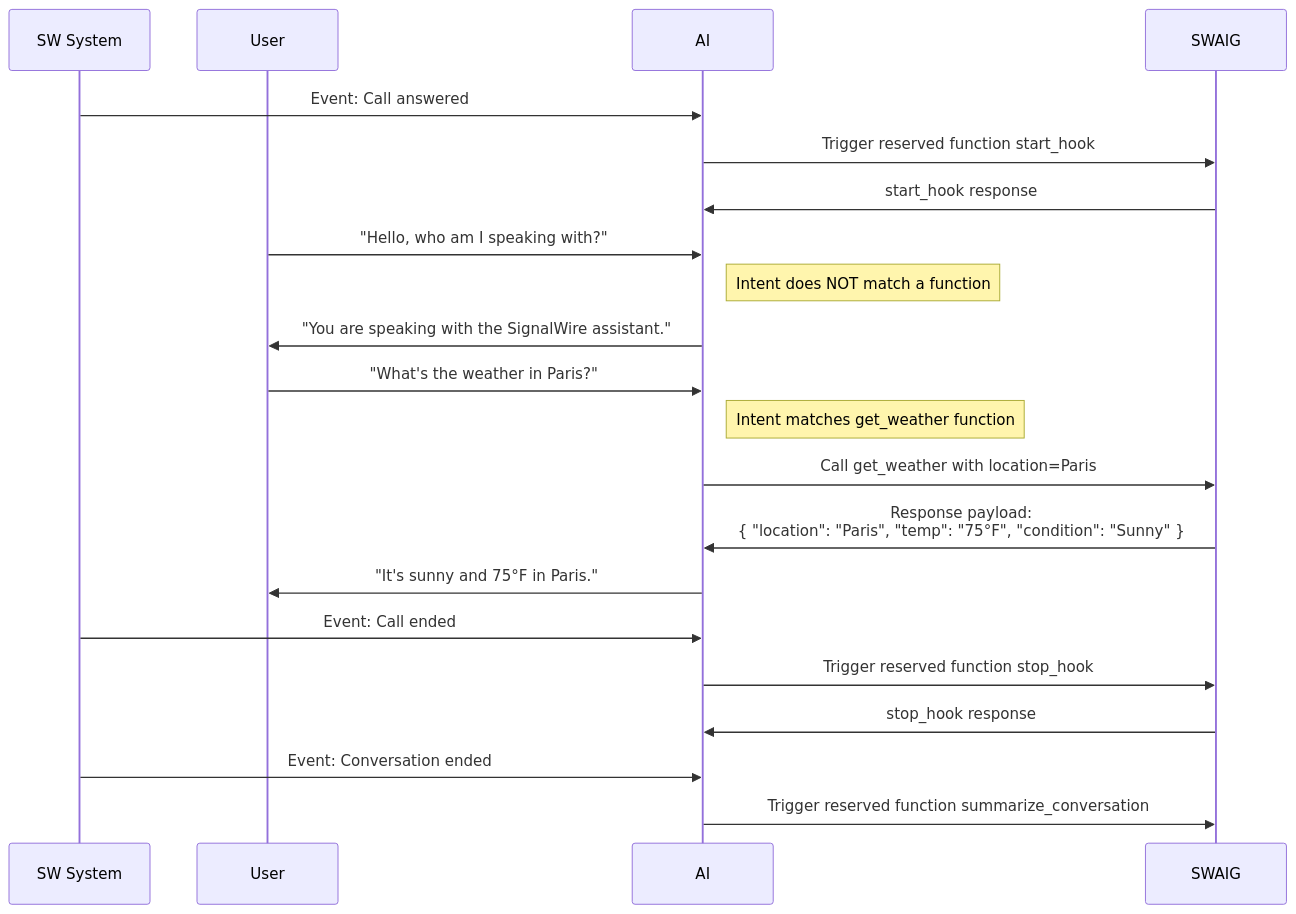
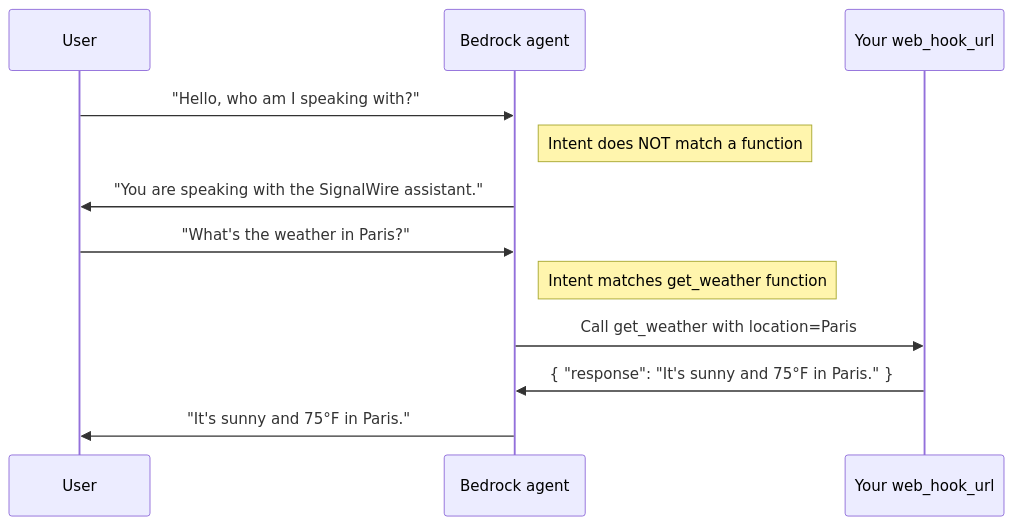
One commit to signalwire/docs changed the diagram in fern/products/swml/pages/reference/methods/calling/bedrock/swaig/functions/index.mdx. Above: the diagram before and after it, drawn with Mermaid. The commit also changed other lines of this file and 12 other files, not shown here.

First line of the commit message:
fix(swml/amazon_bedrock): document the prompt, params, functions and data_map Bedrock actually reads

````diff
--- a/fern/products/swml/pages/reference/methods/calling/bedrock/swaig/functions/index.mdx
+++ b/fern/products/swml/pages/reference/methods/calling/bedrock/swaig/functions/index.mdx
@@ -171,33 +155,18 @@
 ```mermaid
 sequenceDiagram
-    participant SW System
     participant User
-    participant AI
-    participant SWAIG
-
-    %% Call starts
-    SW System->>AI: Event: Call answered
-    AI->>SWAIG: Trigger reserved function start_hook
-    SWAIG->>AI: start_hook response
+    participant Agent as Bedrock agent
+    participant SWAIG as Your web_hook_url
 
     %% User asks a simple question (no function needed)
-    User->>AI: "Hello, who am I speaking with?"
-    Note right of AI: Intent does NOT match a function
-    AI->>User: "You are speaking with the SignalWire assistant."
+    User->>Agent: "Hello, who am I speaking with?"
+    Note right of Agent: Intent does NOT match a function
+    Agent->>User: "You are speaking with the SignalWire assistant."
 
     %% User asks for weather (triggers function)
-    User->>AI: "What's the weather in Paris?"
-    Note right of AI: Intent matches get_weather function
-    AI->>SWAIG: Call get_weather with location=Paris
-    SWAIG->>AI: Response payload:<br>{ "location": "Paris", "temp": "75°F", "condition": "Sunny" }
-    AI->>User: "It's sunny and 75°F in Paris."
-
-    %% Call ends
-    SW System->>AI: Event: Call ended
-    AI->>SWAIG: Trigger reserved function stop_hook
-    SWAIG->>AI: stop_hook response
-
-    %% Conversation ends (post_prompt defined)
-    SW System->>AI: Event: Conversation ended
-    AI->>SWAIG: Trigger reserved function summarize_conversation
+    User->>Agent: "What's the weather in Paris?"
+    Note right of Agent: Intent matches get_weather function
+    Agent->>SWAIG: Call get_weather with location=Paris
+    SWAIG->>Agent: { "response": "It's sunny and 75°F in Paris." }
+    Agent->>User: "It's sunny and 75°F in Paris."
 ```
````
